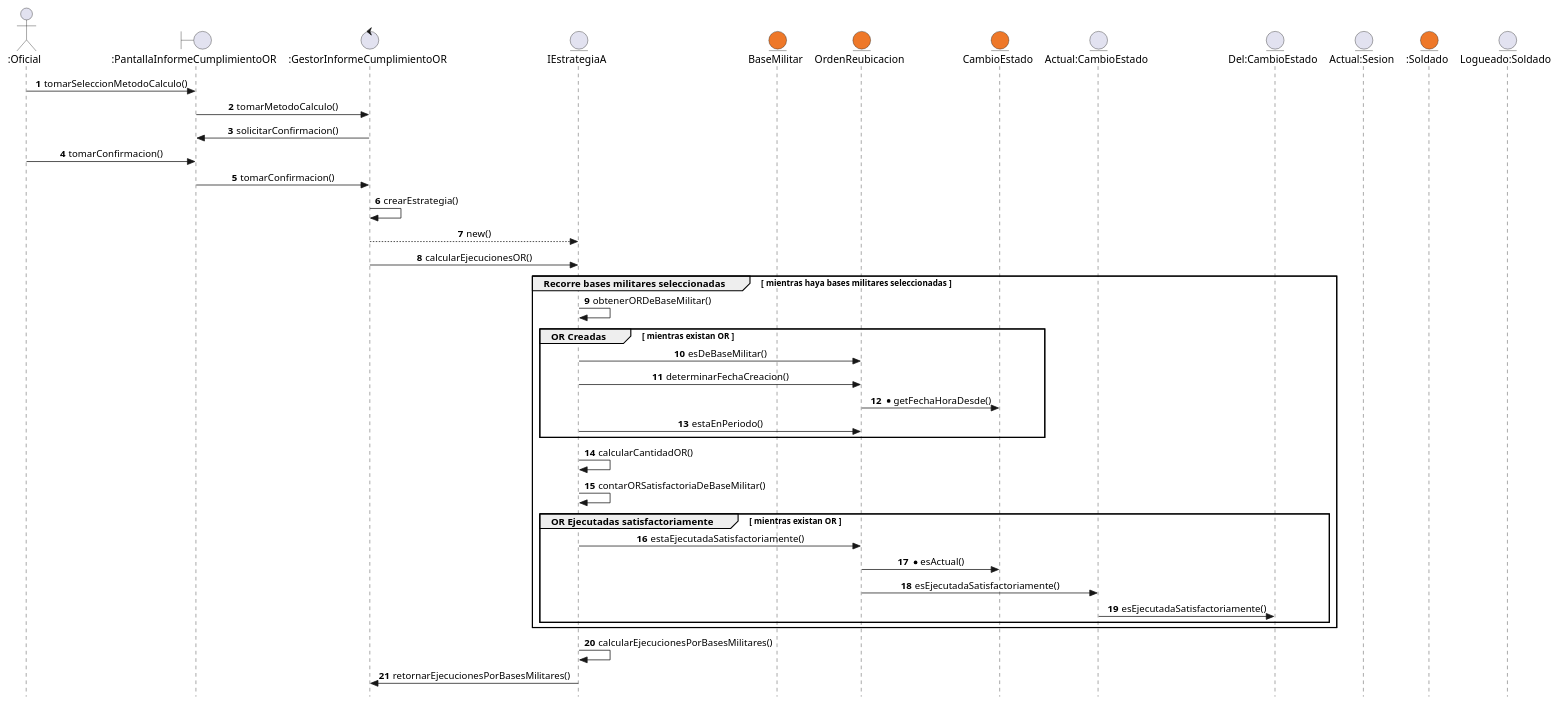
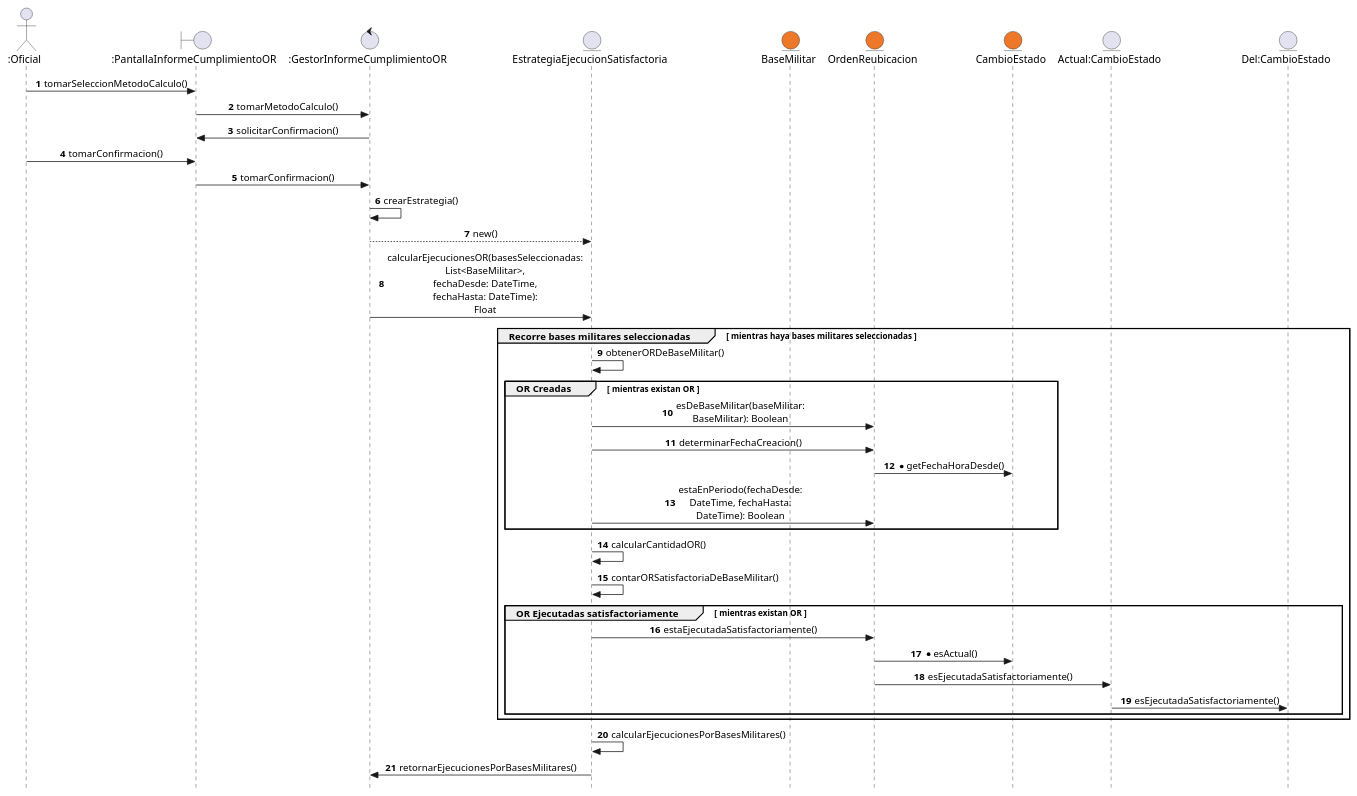
Before and after one commit to CeciliaRava1/disenio_2026: the diagram in 10_la_estrella_de_la_muerte/01_ds_strategy.plantuml, drawn with PlantUML. The commit also changed 3 other files, not shown here.

```diff
--- a/10_la_estrella_de_la_muerte/01_ds_strategy.plantuml
+++ b/10_la_estrella_de_la_muerte/01_ds_strategy.plantuml
@@ -1,74 +1,70 @@
 @startuml diagramaClase
 
 autonumber
 skinparam style strictuml
 skinparam sequenceMessageAlign center
 skinparam maxMessageSize 150
 
 ' --- CLASES DE ANALISIS ---
 actor Oficial as ":Oficial"
 boundary Pantalla as ":PantallaInformeCumplimientoOR"
 control Gestor as ":GestorInformeCumplimientoOR"
 
 ' --- CLASES DE FABRICACION PURA ---
-entity IEstrategiaA as "IEstrategiaA"
+entity EstrategiaEjecucionSatisfactoria as "EstrategiaEjecucionSatisfactoria"
 
 ' --- CLASES DEL DOMINIO ---
 entity BaseMilitar as "BaseMilitar" #ee7829
 entity OrdenReubicacion as "OrdenReubicacion" #ee7829
 entity CambioEstado as "CambioEstado" #ee7829
 entity ACambioEstado as "Actual:CambioEstado"
 entity DELCambio as "Del:CambioEstado"
-entity ActualSesion as "Actual:Sesion"
-entity Soldado as ":Soldado" #ee7829
-entity LSoldado as "Logueado:Soldado" 
-
 
 '8. Oficial: Selecciona el método de porcentaje de ejecución satisfactorio por base militar de origen.
 Oficial -> Pantalla : tomarSeleccionMetodoCalculo()
 Pantalla -> Gestor : tomarMetodoCalculo()
 
 '9. Sistema: Solicita confirmación para generar el informe.
 Gestor -> Pantalla : solicitarConfirmacion()
 
 '10. Oficial: Confirma la generación del informe.
 Oficial -> Pantalla : tomarConfirmacion()
 Pantalla -> Gestor : tomarConfirmacion()
 Gestor -> Gestor : crearEstrategia()
-Gestor --> IEstrategiaA : new()
-Gestor -> IEstrategiaA : calcularEjecucionesOR()
+Gestor --> EstrategiaEjecucionSatisfactoria : new()
+Gestor -> EstrategiaEjecucionSatisfactoria : calcularEjecucionesOR(basesSeleccionadas: List<BaseMilitar>, fechaDesde: DateTime, fechaHasta: DateTime): Float
 
 '11. Sistema: Busca para cada base militar seleccionada todas las Órdenes de Reubicación que se hayan creado dentro 
 'del periodo seleccionado.
 group Recorre bases militares seleccionadas [ mientras haya bases militares seleccionadas ]
-    IEstrategiaA -> IEstrategiaA : obtenerORDeBaseMilitar()\
+    EstrategiaEjecucionSatisfactoria -> EstrategiaEjecucionSatisfactoria : obtenerORDeBaseMilitar()\
 
     group OR Creadas [ mientras existan OR ]
-        IEstrategiaA -> OrdenReubicacion : esDeBaseMilitar()
-        IEstrategiaA -> OrdenReubicacion : determinarFechaCreacion()
+        EstrategiaEjecucionSatisfactoria -> OrdenReubicacion : esDeBaseMilitar(baseMilitar: BaseMilitar): Boolean
+        EstrategiaEjecucionSatisfactoria -> OrdenReubicacion : determinarFechaCreacion()
         OrdenReubicacion -> CambioEstado : *getFechaHoraDesde()
 
 '12. Sistema: Busca para cada base militar seleccionada todas las Órdenes de Reubicación que se hayan creado dentro 
 'del periodo seleccionado y cuyo estado actual sea Ejecutada Satisfactoriamente.
-        IEstrategiaA -> OrdenReubicacion : estaEnPeriodo()
+        EstrategiaEjecucionSatisfactoria -> OrdenReubicacion : estaEnPeriodo(fechaDesde: DateTime, fechaHasta: DateTime): Boolean
     end
 
-    IEstrategiaA -> IEstrategiaA : calcularCantidadOR()
-    IEstrategiaA -> IEstrategiaA : contarORSatisfactoriaDeBaseMilitar()
+    EstrategiaEjecucionSatisfactoria -> EstrategiaEjecucionSatisfactoria : calcularCantidadOR()
+    EstrategiaEjecucionSatisfactoria -> EstrategiaEjecucionSatisfactoria : contarORSatisfactoriaDeBaseMilitar()
 
     group OR Ejecutadas satisfactoriamente [ mientras existan OR ]
-        IEstrategiaA -> OrdenReubicacion : estaEjecutadaSatisfactoriamente()
+        EstrategiaEjecucionSatisfactoria -> OrdenReubicacion : estaEjecutadaSatisfactoriamente()
         OrdenReubicacion -> CambioEstado : *esActual()
         OrdenReubicacion -> ACambioEstado : esEjecutadaSatisfactoriamente()
         ACambioEstado -> DELCambio : esEjecutadaSatisfactoriamente()
     end 
 end
 
 '13. Sistema: Calcula por cada base seleccionada el porcentaje de ejecución satisfactoria de órdenes de reubicación.
-IEstrategiaA -> IEstrategiaA : calcularEjecucionesPorBasesMilitares()
-IEstrategiaA -> Gestor : retornarEjecucionesPorBasesMilitares()
+EstrategiaEjecucionSatisfactoria -> EstrategiaEjecucionSatisfactoria : calcularEjecucionesPorBasesMilitares()
+EstrategiaEjecucionSatisfactoria -> Gestor : retornarEjecucionesPorBasesMilitares()
 '14. Sistema: Solicita que se selecciona una forma de visualización del reporte. (Ver Observación 2)
 '15. Oficial: Selecciona exportar a PDF.
 '16. Sistema: Genera el informe en formato PDF. (Ver Observación 3). Fin del CU.
 
 @enduml
```
